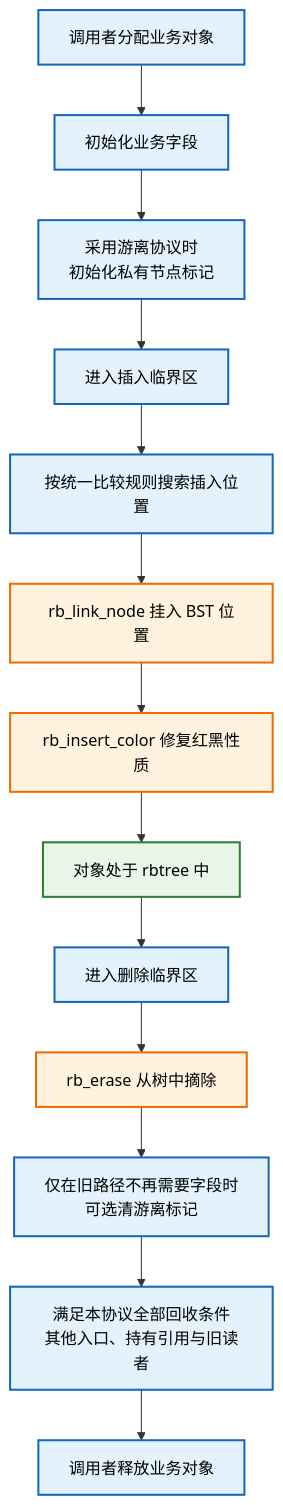
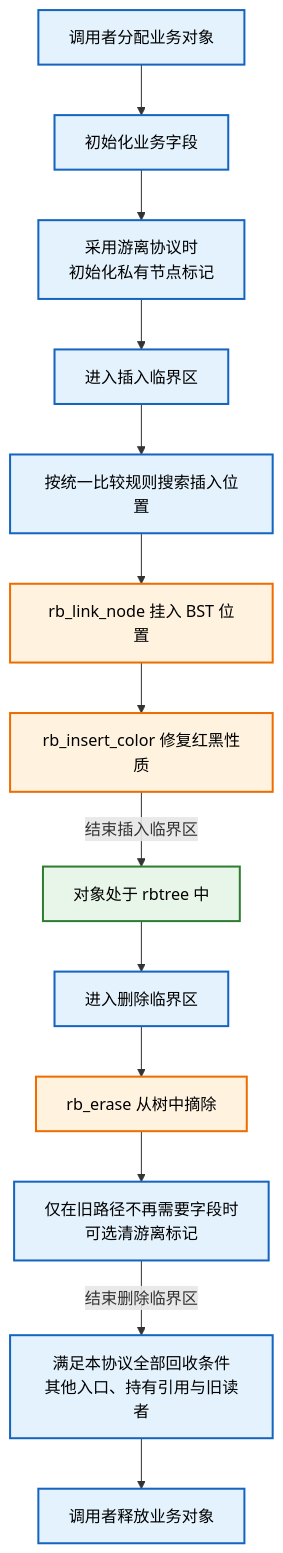
Diagram 19 of 25 in knowledge/linux/data_structures/红黑树_rb-tree/P09_Linux_6.12_内核_rbtree_嵌入式节点与使用者接口.md (FormingSystem/linux_note), drawn with Mermaid before and after one commit. The commit also changed other lines of this file and 6 other files, not shown here.

````diff
--- a/knowledge/linux/data_structures/红黑树_rb-tree/P09_Linux_6.12_内核_rbtree_嵌入式节点与使用者接口.md
+++ b/knowledge/linux/data_structures/红黑树_rb-tree/P09_Linux_6.12_内核_rbtree_嵌入式节点与使用者接口.md
@@ -1379,38 +1386,38 @@
 ```mermaid
 graph TD
 	alloc_obj["调用者分配业务对象"]
 	init_obj["初始化业务字段"]
 	clear_before["采用游离协议时<br/>初始化私有节点标记"]
 	lock_insert["进入插入临界区"]
 	search_pos["按统一比较规则搜索插入位置"]
 	link_obj["rb_link_node 挂入 BST 位置"]
 	fix_obj["rb_insert_color 修复红黑性质"]
 	in_tree["对象处于 rbtree 中"]
 	lock_delete["进入删除临界区"]
 	erase_obj["rb_erase 从树中摘除"]
 	clear_after["仅在旧路径不再需要字段时<br/>可选清游离标记"]
 	check_refs["满足本协议全部回收条件<br/>其他入口、持有引用与旧读者"]
 	free_obj["调用者释放业务对象"]
 
 	alloc_obj --> init_obj
 	init_obj --> clear_before
 	clear_before --> lock_insert
 	lock_insert --> search_pos
 	search_pos --> link_obj
 	link_obj --> fix_obj
-	fix_obj --> in_tree
+	fix_obj -->|结束插入临界区| in_tree
 	in_tree --> lock_delete
 	lock_delete --> erase_obj
 	erase_obj --> clear_after
-	clear_after --> check_refs
+	clear_after -->|结束删除临界区| check_refs
 	check_refs --> free_obj
 
 	classDef user fill:#e3f2fd,stroke:#1565c0,color:#000,stroke-width:2px;
 	classDef rb fill:#fff3e0,stroke:#ef6c00,color:#000,stroke-width:2px;
 	classDef state fill:#e8f5e9,stroke:#2e7d32,color:#000,stroke-width:2px;
 	classDef danger fill:#ffebee,stroke:#c62828,color:#000,stroke-width:2px;
 
 	class alloc_obj,init_obj,clear_before,lock_insert,search_pos,lock_delete,clear_after,check_refs,free_obj user;
 	class link_obj,fix_obj,erase_obj rb;
 	class in_tree state;
 ```
````
